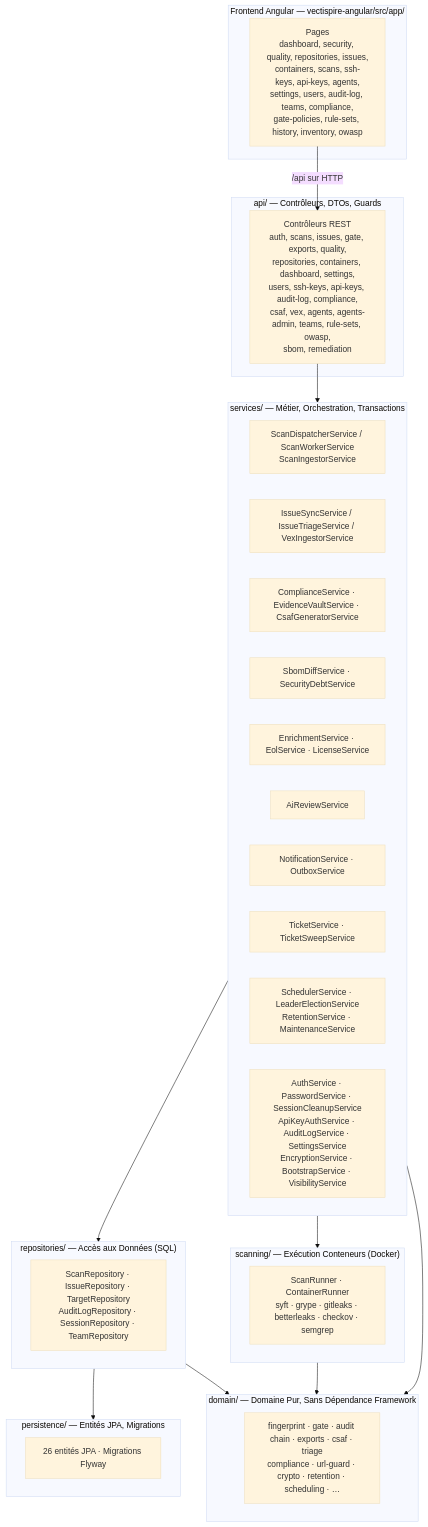
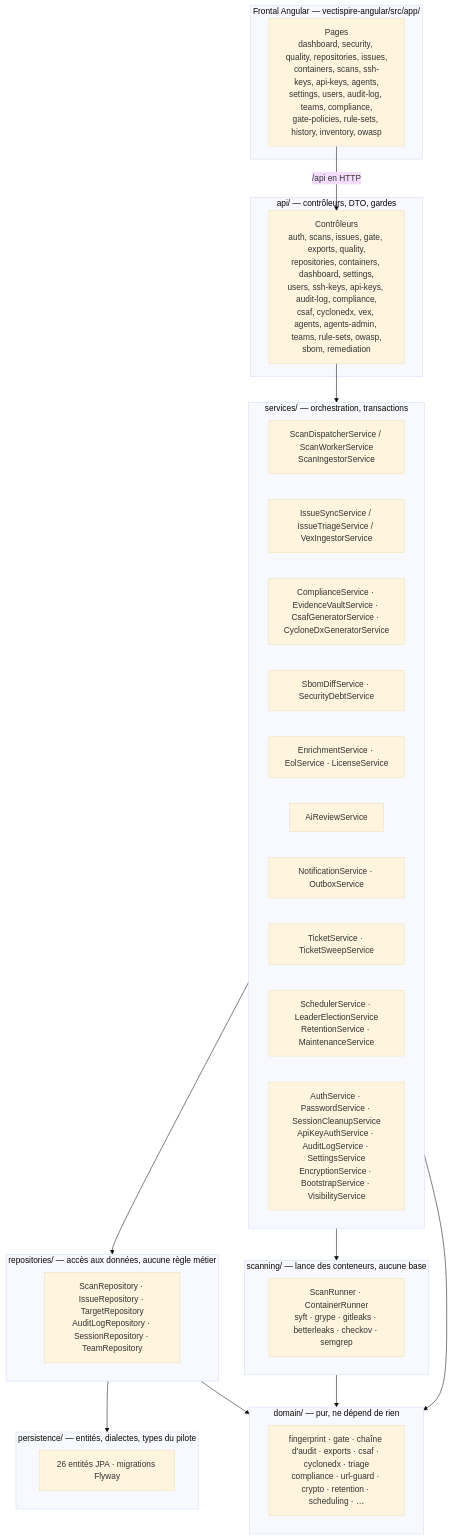
The first of 3 diagrams in docs/fr/TECHNICAL_DOCUMENTATION.fr.md (asmolabs/vectispire), drawn with Mermaid (base theme) before and after one commit. The commit also changed other lines of this file and 22 other files, not shown here.

````diff
--- a/docs/fr/TECHNICAL_DOCUMENTATION.fr.md
+++ b/docs/fr/TECHNICAL_DOCUMENTATION.fr.md
@@ -21,48 +25,48 @@
 ```mermaid
 flowchart TB
-    subgraph front["Frontend Angular — vectispire-angular/src/app/"]
+    subgraph front["Frontal Angular — vectispire-angular/src/app/"]
         Pages["Pages<br/>dashboard, security, quality, repositories, issues,<br/>containers, scans, ssh-keys, api-keys, agents,<br/>settings, users, audit-log, teams, compliance,<br/>gate-policies, rule-sets, history, inventory, owasp"]
     end
 
-    subgraph api["api/ — Contrôleurs, DTOs, Guards"]
-        Routes["Contrôleurs REST<br/>auth, scans, issues, gate, exports, quality,<br/>repositories, containers, dashboard, settings,<br/>users, ssh-keys, api-keys, audit-log, compliance,<br/>csaf, vex, agents, agents-admin, teams, rule-sets, owasp,<br/>sbom, remediation"]
+    subgraph api["api/ — contrôleurs, DTO, gardes"]
+        Routes["Contrôleurs<br/>auth, scans, issues, gate, exports, quality,<br/>repositories, containers, dashboard, settings,<br/>users, ssh-keys, api-keys, audit-log, compliance,<br/>csaf, cyclonedx, vex, agents, agents-admin, teams, rule-sets, owasp,<br/>sbom, remediation"]
     end
 
-    subgraph services["services/ — Métier, Orchestration, Transactions"]
+    subgraph services["services/ — orchestration, transactions"]
         Scan["ScanDispatcherService / ScanWorkerService<br/>ScanIngestorService"]
         Issue["IssueSyncService / IssueTriageService / VexIngestorService"]
-        Comp["ComplianceService · EvidenceVaultService · CsafGeneratorService"]
+        Comp["ComplianceService · EvidenceVaultService · CsafGeneratorService · CycloneDxGeneratorService"]
         Remed["SbomDiffService · SecurityDebtService"]
         Enrich["EnrichmentService · EolService · LicenseService"]
         Ai["AiReviewService"]
         Notify["NotificationService · OutboxService"]
         Ticket["TicketService · TicketSweepService"]
         Ops["SchedulerService · LeaderElectionService<br/>RetentionService · MaintenanceService"]
         Auth["AuthService · PasswordService · SessionCleanupService<br/>ApiKeyAuthService · AuditLogService · SettingsService<br/>EncryptionService · BootstrapService · VisibilityService"]
     end
 
-    subgraph repos["repositories/ — Accès aux Données (SQL)"]
+    subgraph repos["repositories/ — accès aux données, aucune règle métier"]
         R["ScanRepository · IssueRepository · TargetRepository<br/>AuditLogRepository · SessionRepository · TeamRepository"]
     end
 
-    subgraph persistence["persistence/ — Entités JPA, Migrations"]
-        Ent["26 entités JPA · Migrations Flyway"]
+    subgraph persistence["persistence/ — entités, dialectes, types du pilote"]
+        Ent["26 entités JPA · migrations Flyway"]
     end
 
-    subgraph domain["domain/ — Domaine Pur, Sans Dépendance Framework"]
-        D["fingerprint · gate · audit chain · exports · csaf · triage<br/>compliance · url-guard · crypto · retention · scheduling · …"]
+    subgraph domain["domain/ — pur, ne dépend de rien"]
+        D["fingerprint · gate · chaîne d'audit · exports · csaf · cyclonedx · triage<br/>compliance · url-guard · crypto · retention · scheduling · …"]
     end
 
-    subgraph scanning["scanning/ — Exécution Conteneurs (Docker)"]
+    subgraph scanning["scanning/ — lance des conteneurs, aucune base"]
         S["ScanRunner · ContainerRunner<br/>syft · grype · gitleaks · betterleaks · checkov · semgrep"]
     end
 
-    Pages -->|"/api sur HTTP"| Routes
+    Pages -->|"/api en HTTP"| Routes
     Routes --> services
     services --> repos
     repos --> persistence
     services --> scanning
     services --> domain
     repos --> domain
     scanning --> domain
 ```
````
